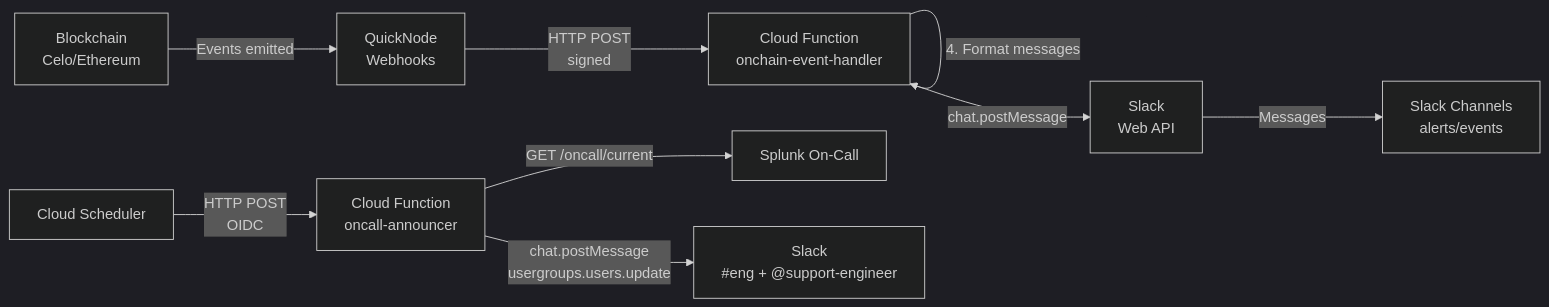
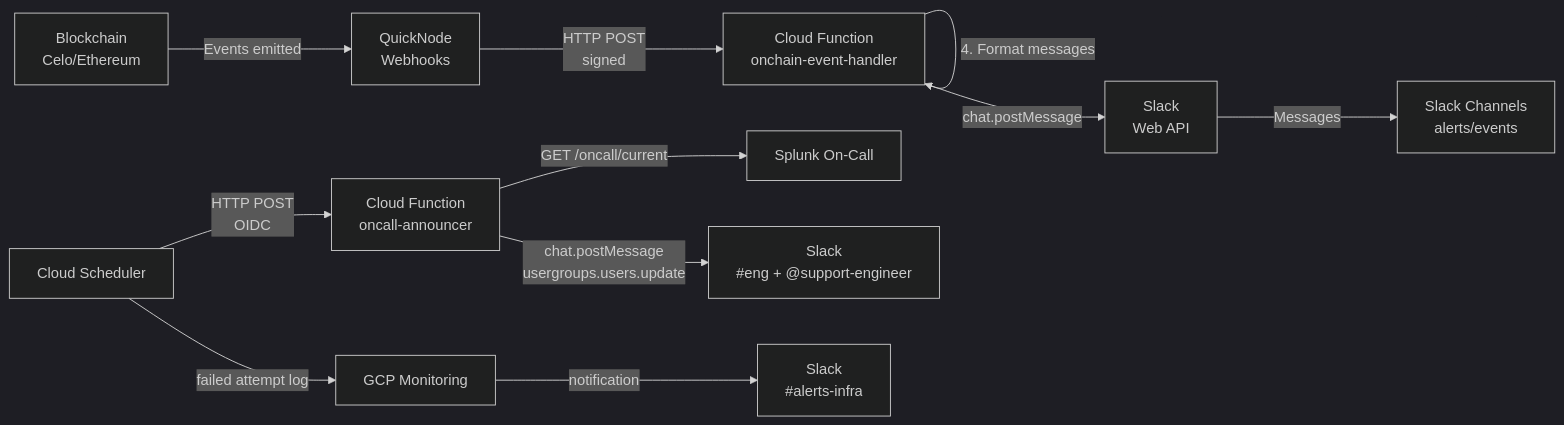
One commit to mento-protocol/monitoring-monorepo changed the diagram in alerts/infra/README.md. Above: the diagram before and after it, drawn with Mermaid (dark theme). The commit also changed other lines of this file and 9 other files, not shown here.

````diff
--- a/alerts/infra/README.md
+++ b/alerts/infra/README.md
@@ -26,14 +26,16 @@
 ```mermaid
 graph LR
     A[Blockchain<br/>Celo/Ethereum] -->|Events emitted| B[QuickNode<br/>Webhooks]
     B -->|HTTP POST<br/>signed| C[Cloud Function<br/>onchain-event-handler]
     C -->|1. Verify signature| C
     C -->|2. Validate payload| C
     C -->|3. Process events| C
     C -->|4. Format messages| C
     C -->|chat.postMessage| D[Slack<br/>Web API]
     D -->|Messages| E[Slack Channels<br/>alerts/events]
     F[Cloud Scheduler] -->|HTTP POST<br/>OIDC| G[Cloud Function<br/>oncall-announcer]
     G -->|GET /oncall/current| H[Splunk On-Call]
     G -->|chat.postMessage<br/>usergroups.users.update| I[Slack<br/>#eng + @support-engineer]
+    F -->|failed attempt log| J[GCP Monitoring]
+    J -->|notification| K[Slack<br/>#alerts-infra]
 ```
````
